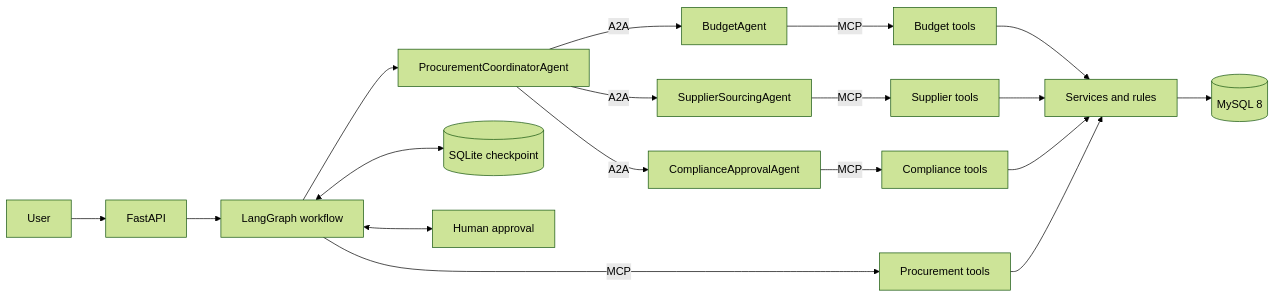
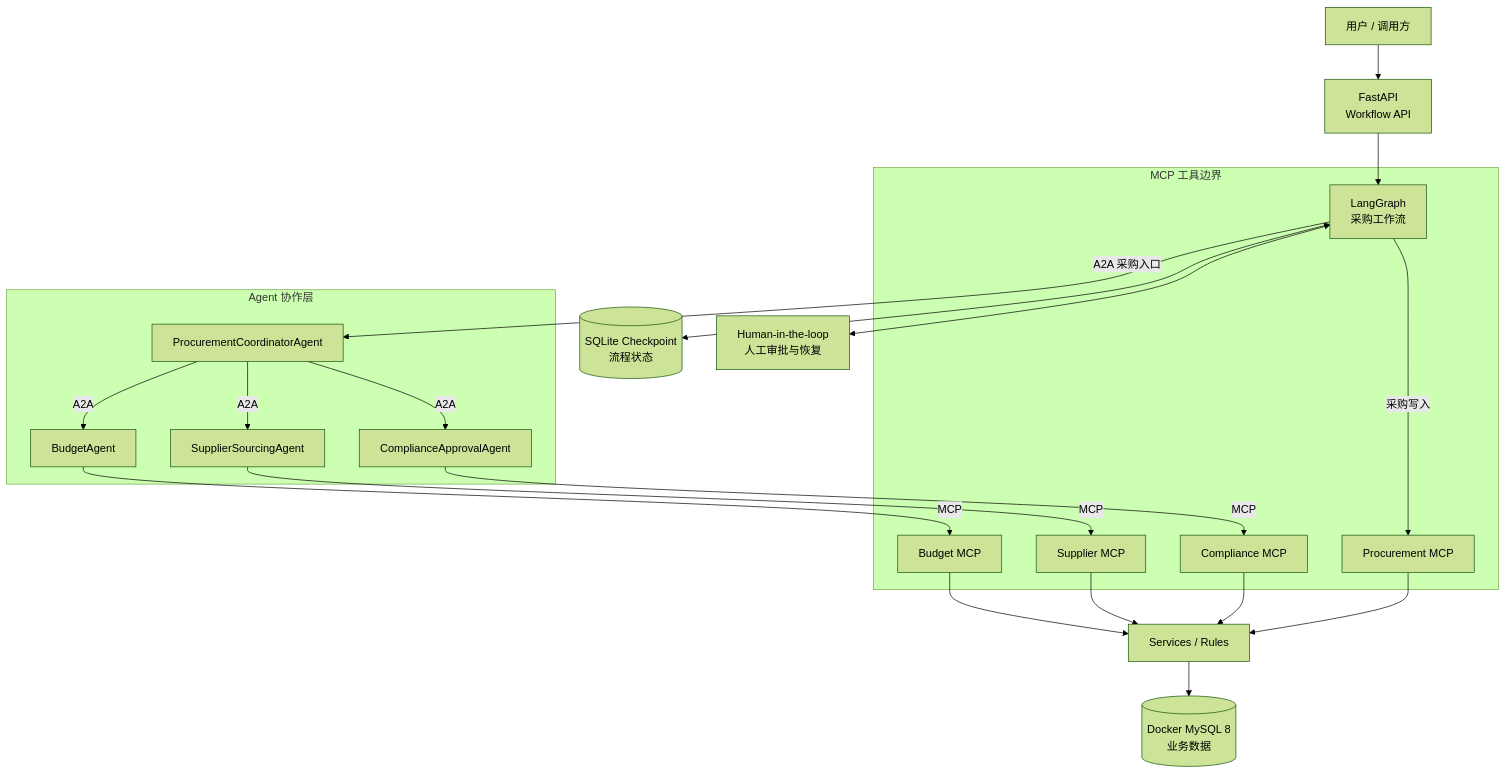
The second of 2 diagrams in README.md (genpichong769/ProcureFlow), drawn with Mermaid (forest theme) before and after one commit. The commit also changed other lines of this file, not shown here.

````diff
--- a/README.md
+++ b/README.md
@@ -9,20 +93,28 @@
 ```mermaid
-flowchart LR
-  U[User] --> API[FastAPI]
-  API --> LG[LangGraph workflow]
-  LG --> C[ProcurementCoordinatorAgent]
-  C -->|A2A| B[BudgetAgent]
-  C -->|A2A| S[SupplierSourcingAgent]
-  C -->|A2A| A[ComplianceApprovalAgent]
-  B -->|MCP| BM[Budget tools]
-  S -->|MCP| SM[Supplier tools]
-  A -->|MCP| CM[Compliance tools]
-  LG -->|MCP| PM[Procurement tools]
-  BM --> R[Services and rules]
-  SM --> R
-  CM --> R
-  PM --> R
-  R --> DB[(MySQL 8)]
-  LG <--> CP[(SQLite checkpoint)]
-  LG <--> H[Human approval]
+flowchart TB
+  U["用户 / 调用方"] --> API["FastAPI<br/>Workflow API"]
+  API --> LG["LangGraph<br/>采购工作流"]
+  LG -->|A2A 采购入口| C["ProcurementCoordinatorAgent"]
+
+  subgraph AG["Agent 协作层"]
+    C -->|A2A| B["BudgetAgent"]
+    C -->|A2A| S["SupplierSourcingAgent"]
+    C -->|A2A| A["ComplianceApprovalAgent"]
+  end
+
+  subgraph MCP["MCP 工具边界"]
+    B -->|MCP| BM["Budget MCP"]
+    S -->|MCP| SM["Supplier MCP"]
+    A -->|MCP| CM["Compliance MCP"]
+    LG -->|采购写入| PM["Procurement MCP"]
+  end
+
+  BM --> SV["Services / Rules"]
+  SM --> SV
+  CM --> SV
+  PM --> SV
+  SV --> DB[("Docker MySQL 8<br/>业务数据")]
+
+  LG <--> CP[("SQLite Checkpoint<br/>流程状态")]
+  LG <--> HITL["Human-in-the-loop<br/>人工审批与恢复"]
 ```
````
